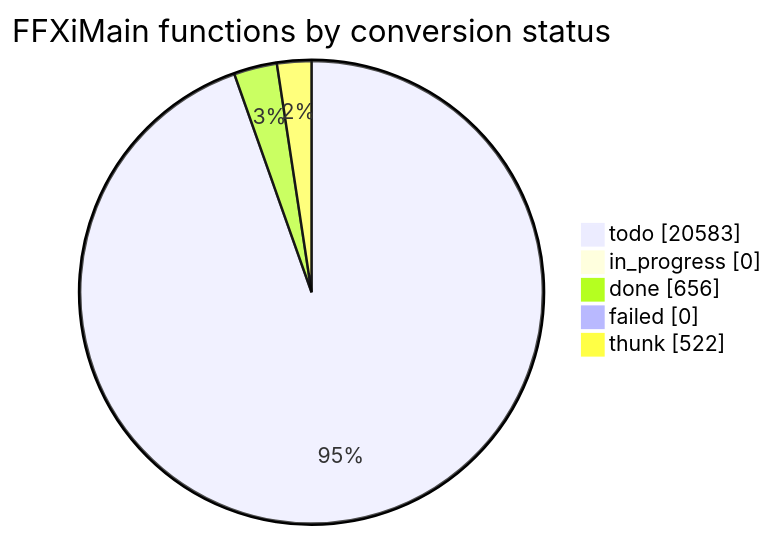
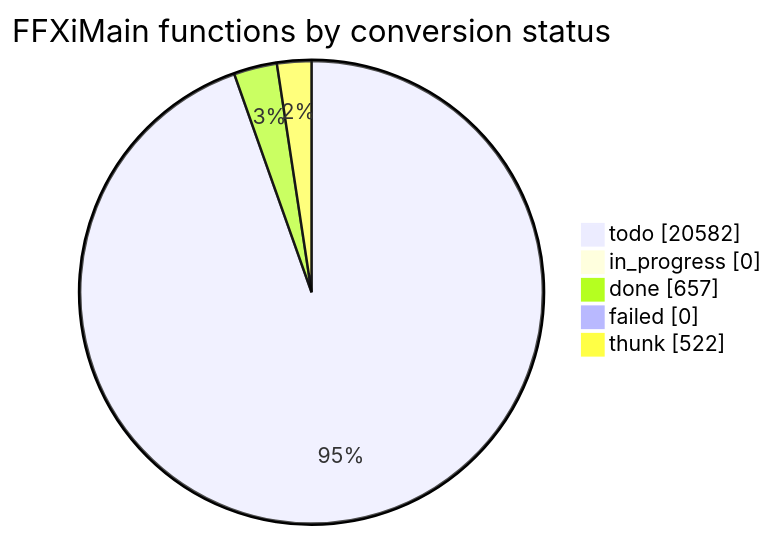
Before and after one commit to cowrevenge/cow_kuluu_xi_anything: the diagram in docs/cow/STATUS.md, drawn with Mermaid. The commit also changed other lines of this file and 9 other files, not shown here.

````diff
--- a/docs/cow/STATUS.md
+++ b/docs/cow/STATUS.md
@@ -18,9 +18,9 @@
 ```mermaid
 pie showData
     title FFXiMain functions by conversion status
-    "todo" : 20583
+    "todo" : 20582
     "in_progress" : 0
-    "done" : 656
+    "done" : 657
     "failed" : 0
     "thunk" : 522
 ```
````
